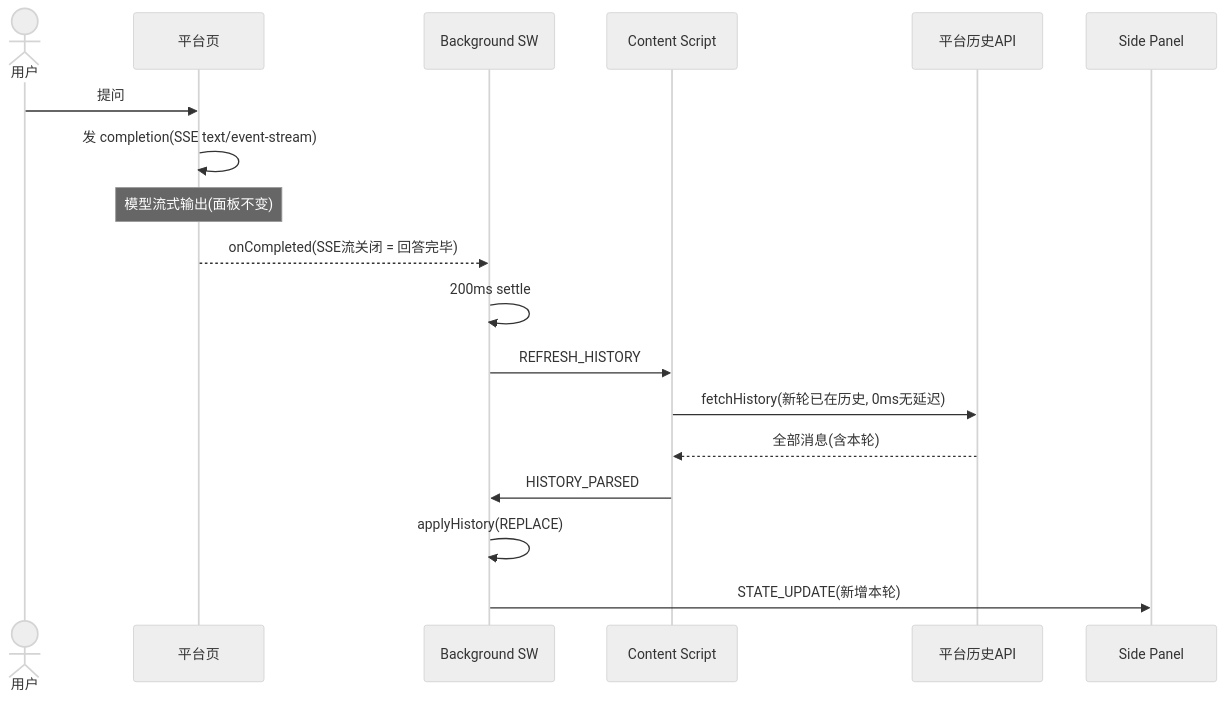
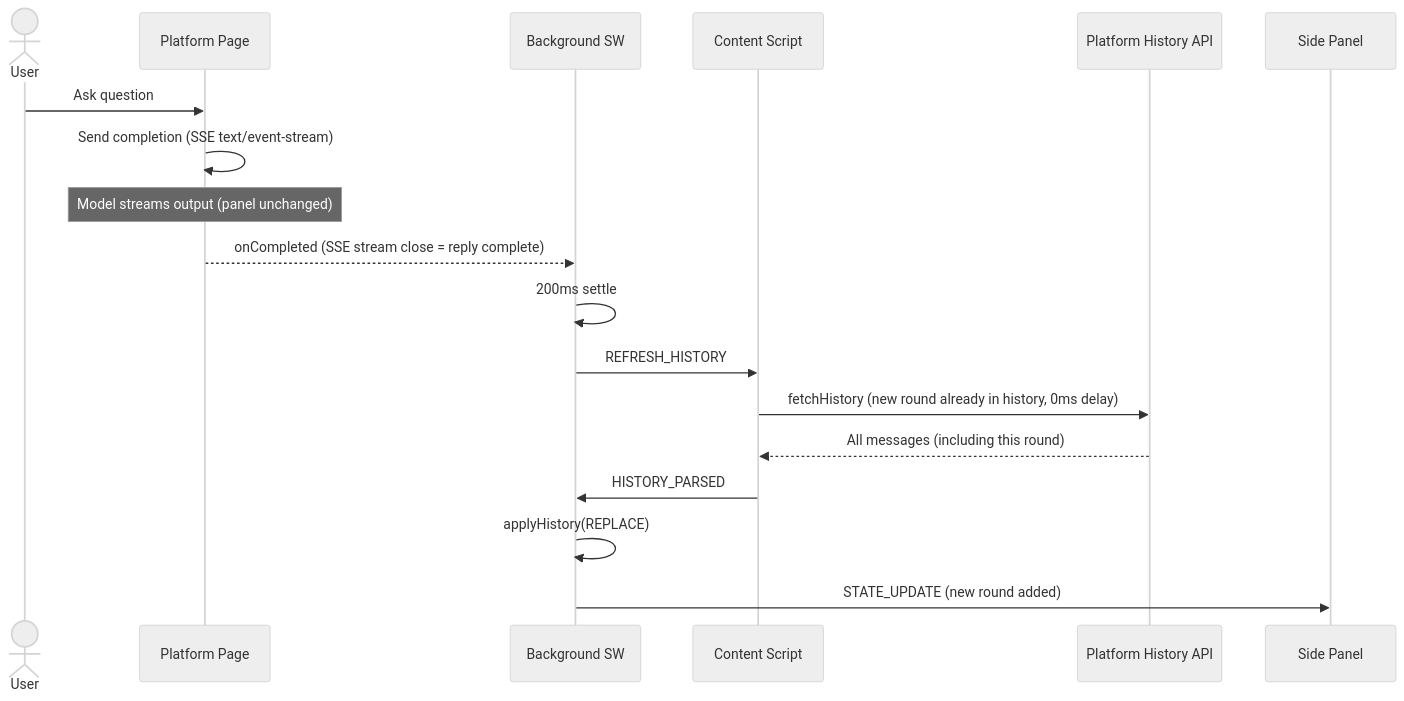
The fifth of 6 diagrams in specs/001-headroom-core.md (ZM-BAD/headroom), drawn with Mermaid (neutral theme) before and after one commit. The commit also changed other lines of this file and 6 other files, not shown here.

````diff
--- a/specs/001-headroom-core.md
+++ b/specs/001-headroom-core.md
@@ -284,20 +288,20 @@
 ```mermaid
 sequenceDiagram
-    actor U as 用户
-    participant P as 平台页
+    actor U as User
+    participant P as Platform Page
     participant B as Background SW
     participant C as Content Script
-    participant H as 平台历史API
+    participant H as Platform History API
     participant S as Side Panel
-    U->>P: 提问
-    P->>P: 发 completion(SSE text/event-stream)
-    Note over P: 模型流式输出(面板不变)
-    P-->>B: onCompleted(SSE流关闭 = 回答完毕)
+    U->>P: Ask question
+    P->>P: Send completion (SSE text/event-stream)
+    Note over P: Model streams output (panel unchanged)
+    P-->>B: onCompleted (SSE stream close = reply complete)
     B->>B: 200ms settle
     B->>C: REFRESH_HISTORY
-    C->>H: fetchHistory(新轮已在历史, 0ms无延迟)
-    H-->>C: 全部消息(含本轮)
+    C->>H: fetchHistory (new round already in history, 0ms delay)
+    H-->>C: All messages (including this round)
     C->>B: HISTORY_PARSED
     B->>B: applyHistory(REPLACE)
-    B->>S: STATE_UPDATE(新增本轮)
+    B->>S: STATE_UPDATE (new round added)
 ```
````
